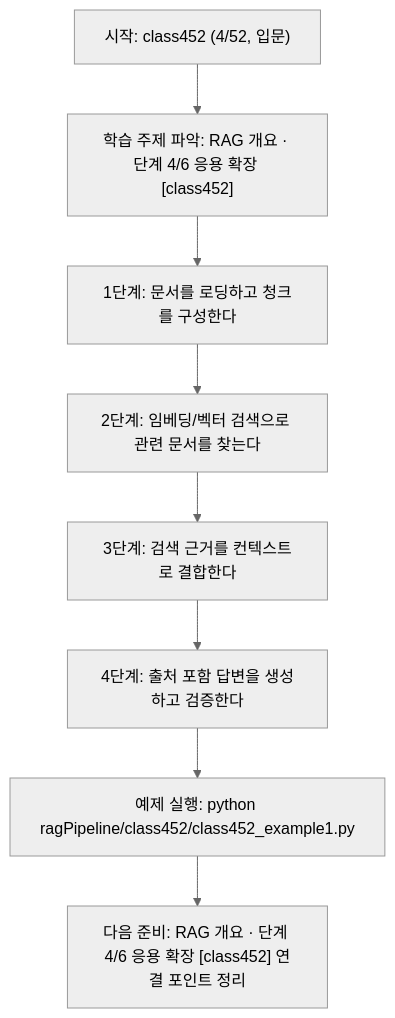
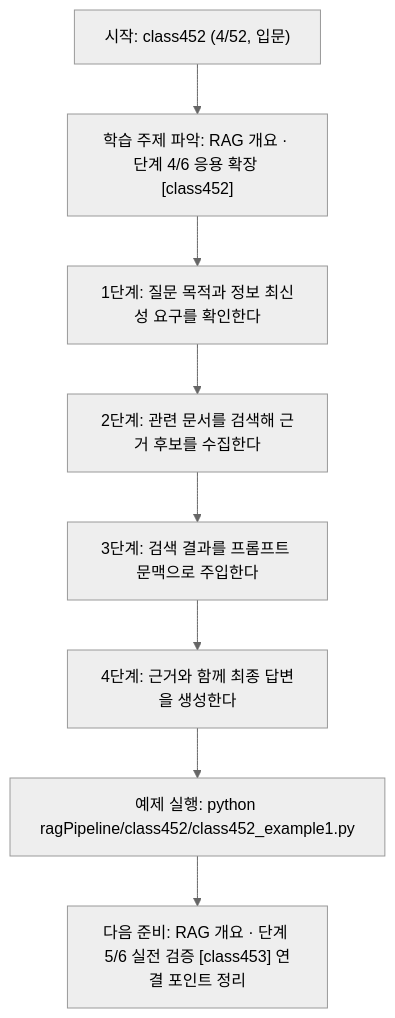
One commit to edumgt/Python-AI_Agent-Class changed the diagram in ragPipeline/class452/class452.md. Above: the diagram before and after it, drawn with Mermaid (neutral theme). The commit also changed other lines of this file and 367 other files, not shown here.

````diff
--- a/ragPipeline/class452/class452.md
+++ b/ragPipeline/class452/class452.md
@@ -110,18 +92,18 @@
 ```mermaid
 flowchart TD
 N1["시작: class452 (4/52, 입문)"]
 N2["학습 주제 파악: RAG 개요 · 단계 4/6 응용 확장 [class452]"]
-N3["1단계: 문서를 로딩하고 청크를 구성한다"]
-N4["2단계: 임베딩/벡터 검색으로 관련 문서를 찾는다"]
-N5["3단계: 검색 근거를 컨텍스트로 결합한다"]
-N6["4단계: 출처 포함 답변을 생성하고 검증한다"]
+N3["1단계: 질문 목적과 정보 최신성 요구를 확인한다"]
+N4["2단계: 관련 문서를 검색해 근거 후보를 수집한다"]
+N5["3단계: 검색 결과를 프롬프트 문맥으로 주입한다"]
+N6["4단계: 근거와 함께 최종 답변을 생성한다"]
 N7["예제 실행: python ragPipeline/class452/class452_example1.py"]
-N8["다음 준비: RAG 개요 · 단계 4/6 응용 확장 [class452] 연결 포인트 정리"]
+N8["다음 준비: RAG 개요 · 단계 5/6 실전 검증 [class453] 연결 포인트 정리"]
 N1 --> N2
 N2 --> N3
 N3 --> N4
 N4 --> N5
 N5 --> N6
 N6 --> N7
 N7 --> N8
 ```
````
